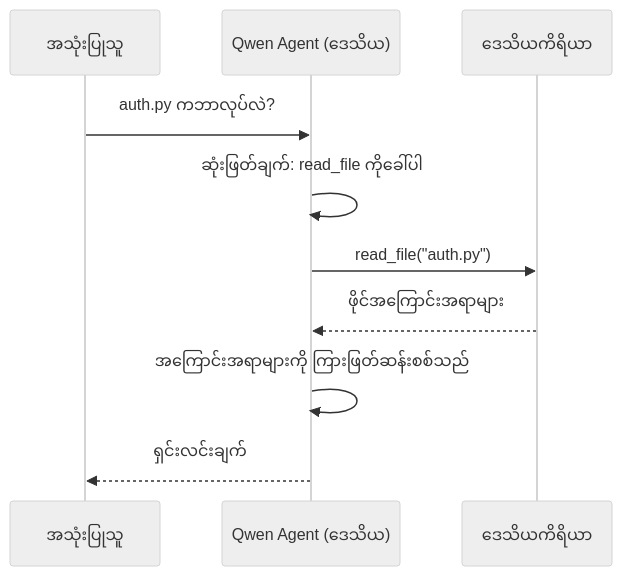
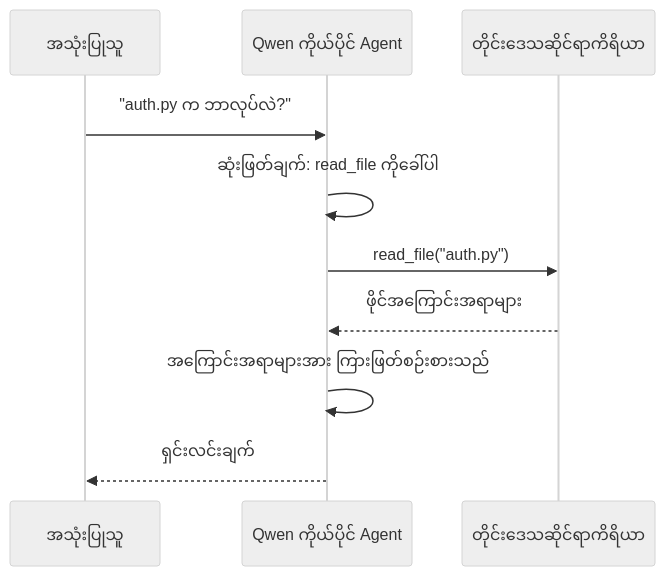
The second of 4 diagrams in mirrors/repos/microsoft@ai-agents-for-beginners/translations/my/17-creating-local-ai-agents/README.md (gabrielmoreira/agent-skills-mirror), drawn with Mermaid (neutral theme) before and after one commit. The commit also changed other lines of this file and 4262 other files, not shown here.

````diff
--- a/mirrors/repos/microsoft@ai-agents-for-beginners/translations/my/17-creating-local-ai-agents/README.md
+++ b/mirrors/repos/microsoft@ai-agents-for-beginners/translations/my/17-creating-local-ai-agents/README.md
@@ -106,12 +106,12 @@
 ```mermaid
 sequenceDiagram
     participant U as အသုံးပြုသူ
-    participant A as Qwen Agent (ဒေသိယ)
-    participant T as ဒေသိယကိရိယာ
-    U->>A: auth.py ကဘာလုပ်လဲ?
+    participant A as Qwen ကိုယ်ပိုင် Agent
+    participant T as တိုင်းဒေသဆိုင်ရာကိရိယာ
+    U->>A: "auth.py က ဘာလုပ်လဲ?"
     A->>A: ဆုံးဖြတ်ချက်: read_file ကိုခေါ်ပါ
     A->>T: read_file("auth.py")
     T-->>A: ဖိုင်အကြောင်းအရာများ
-    A->>A: အကြောင်းအရာများကို ကြားဖြတ်ဆန်းစစ်သည်
+    A->>A: အကြောင်းအရာများအား ကြားဖြတ်စဉ်းစားသည်
     A-->>U: ရှင်းလင်းချက်
 ```
````
